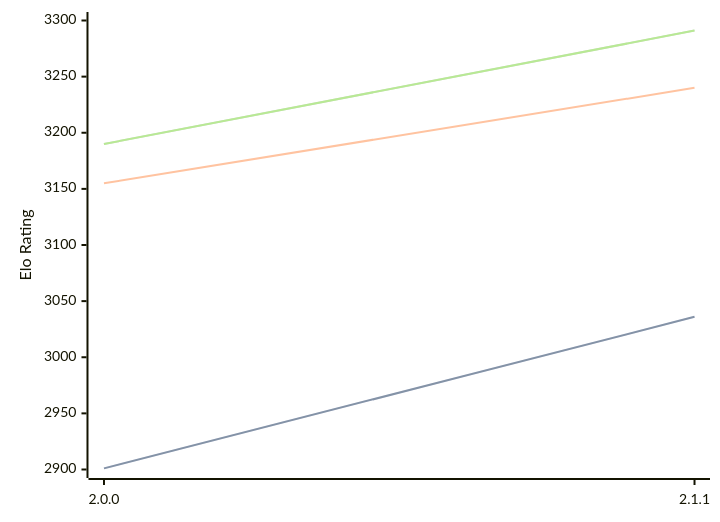
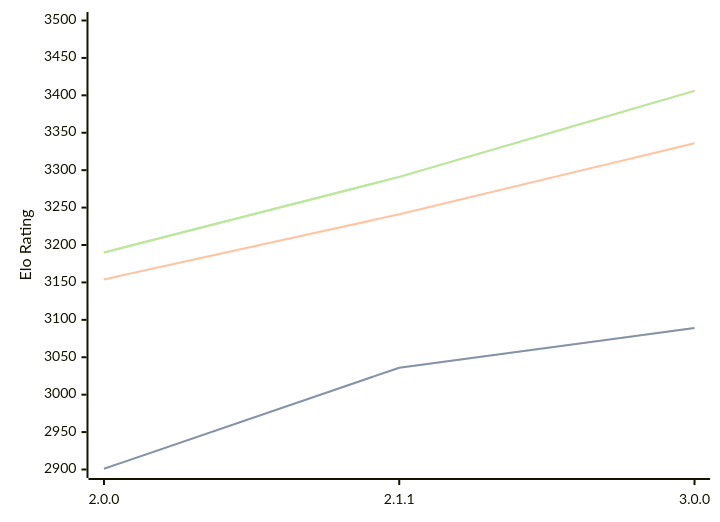
The diagram in engines/Bread.md (computer-chess-index/cci), drawn with Mermaid before and after one commit. The commit also changed other lines of this file, not shown here.

Commit message:
Update CCI Ratings (ELO VLTC) - 2026-03-16

````diff
--- a/engines/Bread.md
+++ b/engines/Bread.md
@@ -48,11 +49,11 @@
 ```mermaid
 %%{init: {"theme":"base","themeVariables":{"seriesColors:['#a3a3a3','#222221','#faa371']}}}%%
 xychart-beta
-  x-axis ["2.0.0", "2.1.1"]
-  y-axis "Elo Rating" 2900 --> 3300
-  line "STC (8.0+0.08s)" [2901, 3036]
-  line "STC (8.0+0.08s)" [2901, 3036]
-  line "LTC (60.0+0.60s)" [3155, 3240]
-  line "VLTC (2m24s+1.12s)" [3190, 3291]
-  line "VLTC (2m24s+1.12s)" [3190, 3291]
+  x-axis ["2.0.0", "2.1.1", "3.0.0"]
+  y-axis "Elo Rating" 2900 --> 3500
+  line "STC (8.0+0.08s)" [2901, 3036, 3089]
+  line "STC (8.0+0.08s)" [2901, 3036, 3089]
+  line "LTC (60.0+0.60s)" [3154, 3241, 3336]
+  line "VLTC (2m24s+1.12s)" [3190, 3291, 3406]
+  line "VLTC (2m24s+1.12s)" [3190, 3291, 3406]
 ```
````
